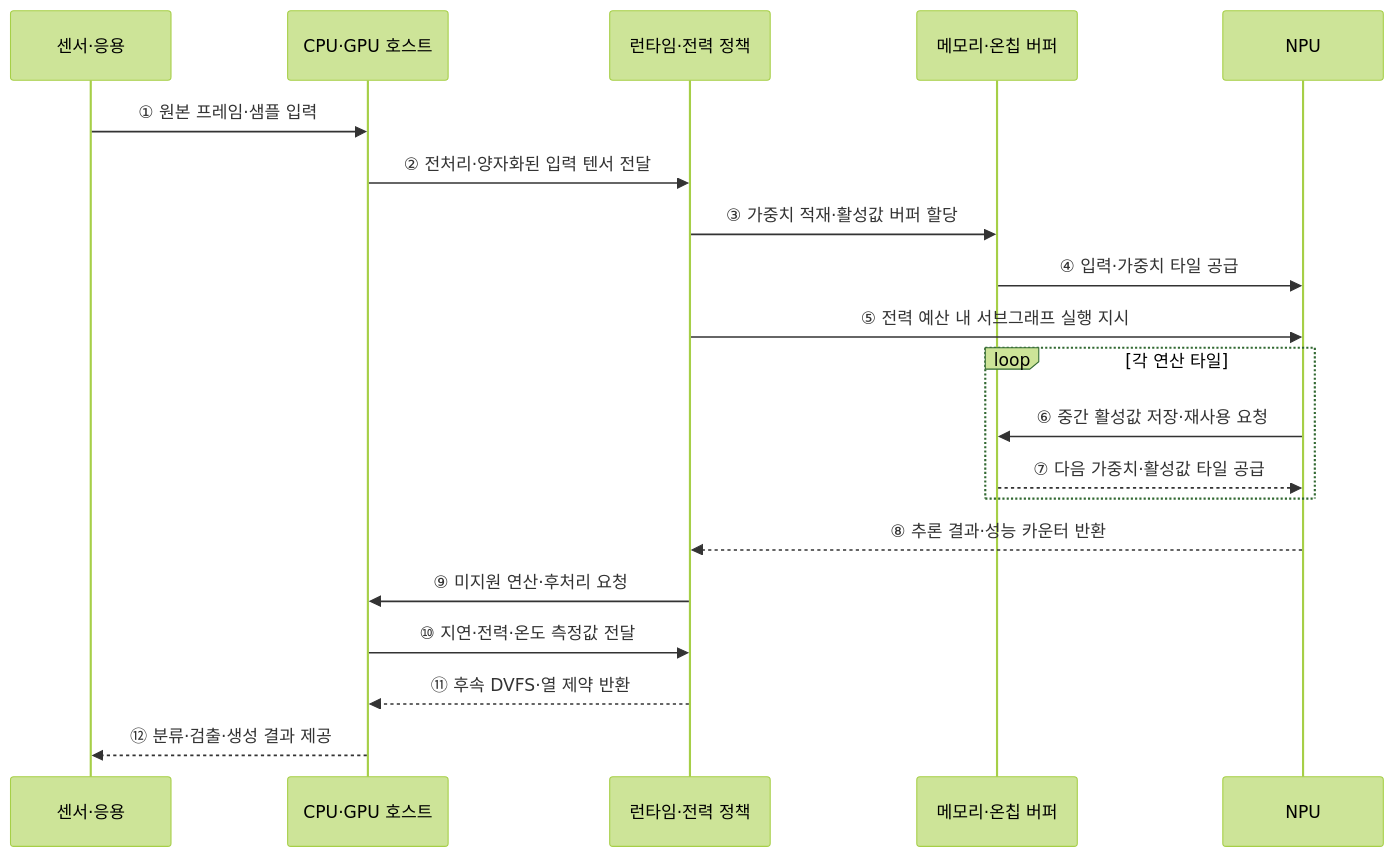
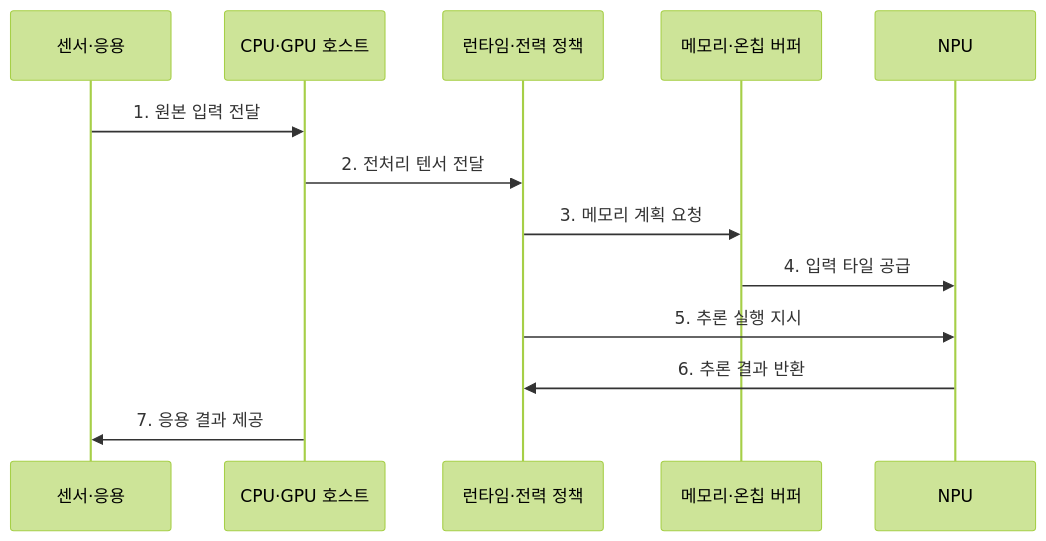
Before and after one commit to agnusdei1207/knowledge-base: the second of 2 diagrams in src/content/docs/notes/02-hardware/084_soc_on_device_ai_chip.md, drawn with Mermaid (forest theme). The commit also changed other lines of this file and 20 other files, not shown here.

````diff
--- a/src/content/docs/notes/02-hardware/084_soc_on_device_ai_chip.md
+++ b/src/content/docs/notes/02-hardware/084_soc_on_device_ai_chip.md
@@ -92,23 +90,16 @@
 ```mermaid
 sequenceDiagram
     participant I as 센서·응용
     participant H as CPU·GPU 호스트
     participant R as 런타임·전력 정책
     participant M as 메모리·온칩 버퍼
     participant N as NPU
 
-    I->>H: ① 원본 프레임·샘플 입력
-    H->>R: ② 전처리·양자화된 입력 텐서 전달
-    R->>M: ③ 가중치 적재·활성값 버퍼 할당
-    M->>N: ④ 입력·가중치 타일 공급
-    R->>N: ⑤ 전력 예산 내 서브그래프 실행 지시
-    loop 각 연산 타일
-        N->>M: ⑥ 중간 활성값 저장·재사용 요청
-        M-->>N: ⑦ 다음 가중치·활성값 타일 공급
-    end
-    N-->>R: ⑧ 추론 결과·성능 카운터 반환
-    R->>H: ⑨ 미지원 연산·후처리 요청
-    H->>R: ⑩ 지연·전력·온도 측정값 전달
-    R-->>H: ⑪ 후속 DVFS·열 제약 반환
-    H-->>I: ⑫ 분류·검출·생성 결과 제공
+    I->>H: 1. 원본 입력 전달
+    H->>R: 2. 전처리 텐서 전달
+    R->>M: 3. 메모리 계획 요청
+    M->>N: 4. 입력 타일 공급
+    R->>N: 5. 추론 실행 지시
+    N->>R: 6. 추론 결과 반환
+    H->>I: 7. 응용 결과 제공
 ```
````
